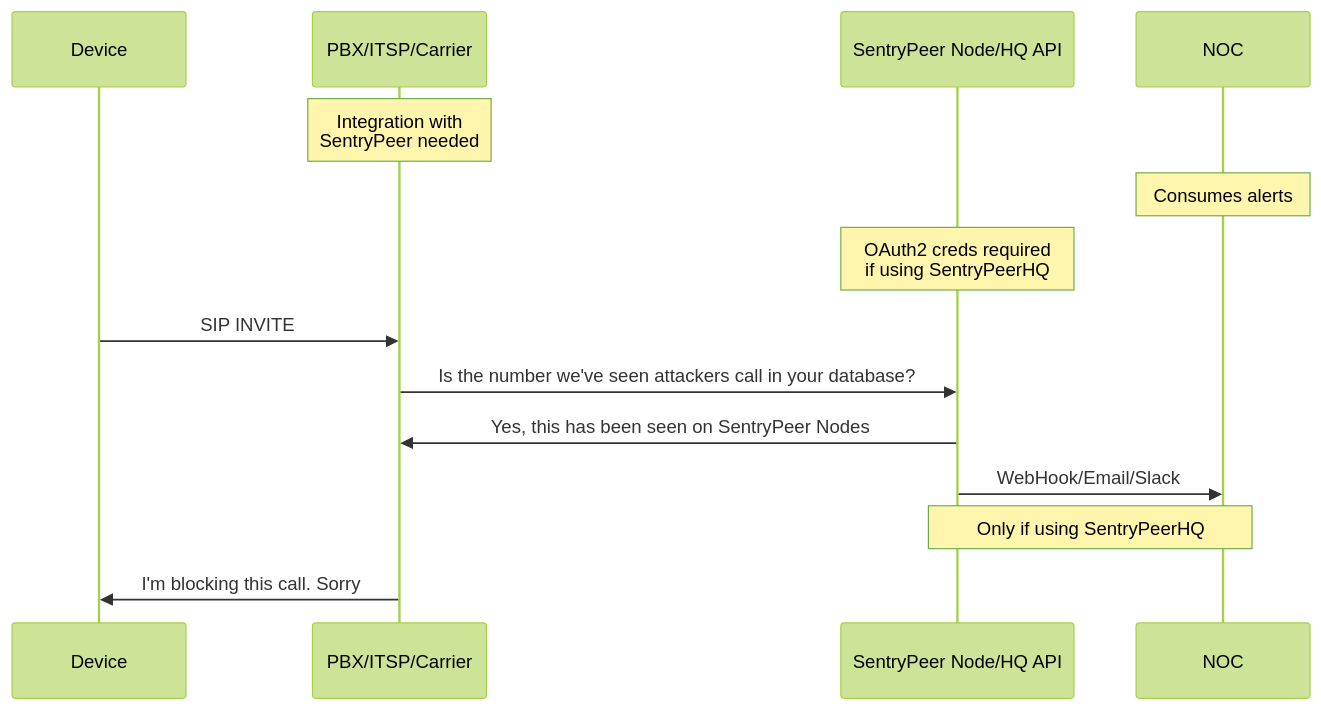
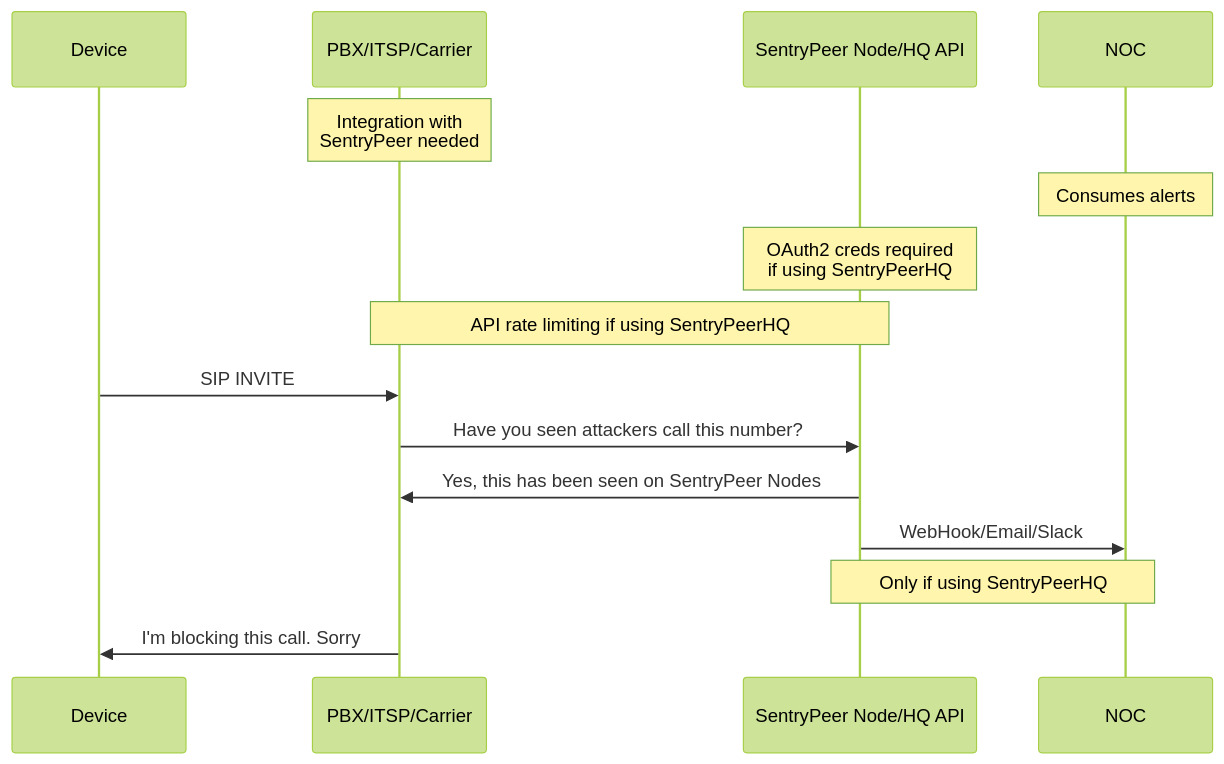
Before and after one commit to SentryPeer/SentryPeer: the fourth of 4 diagrams in README.md, drawn with Mermaid (forest theme).

Commit message:
docs: Some mermaid corrections

````diff
--- a/README.md
+++ b/README.md
@@ -141,16 +141,17 @@
 ```mermaid
 sequenceDiagram
     participant D as Device
     participant P as PBX/ITSP/Carrier
     participant HQ as SentryPeer Node/HQ API
     participant N as NOC
     Note over P: Integration with <br/>SentryPeer needed
     Note over N: Consumes alerts
     Note over HQ: OAuth2 creds required<br/> if using SentryPeerHQ
+    Note over P,HQ: API rate limiting if using SentryPeerHQ
     D->>P: SIP INVITE
-    P->>HQ: Is the number we've seen attackers call in your database?
+    P->>HQ: Have you seen attackers call this number?
     HQ->>P: Yes, this has been seen on SentryPeer Nodes
     HQ->>N: WebHook/Email/Slack
     Note over HQ,N: Only if using SentryPeerHQ
     P->>D: I'm blocking this call. Sorry
 ```
````
